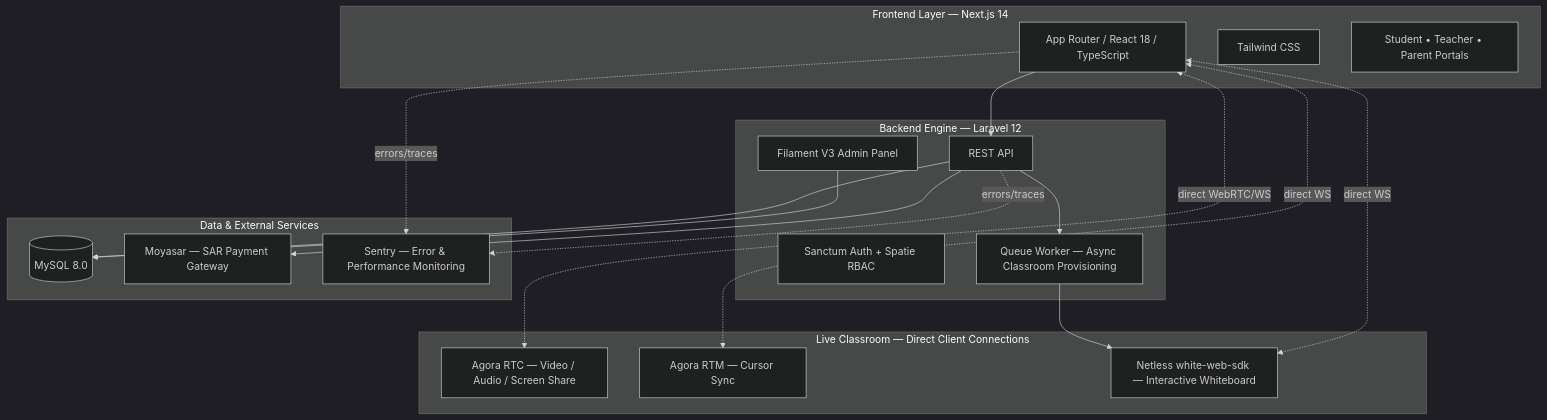
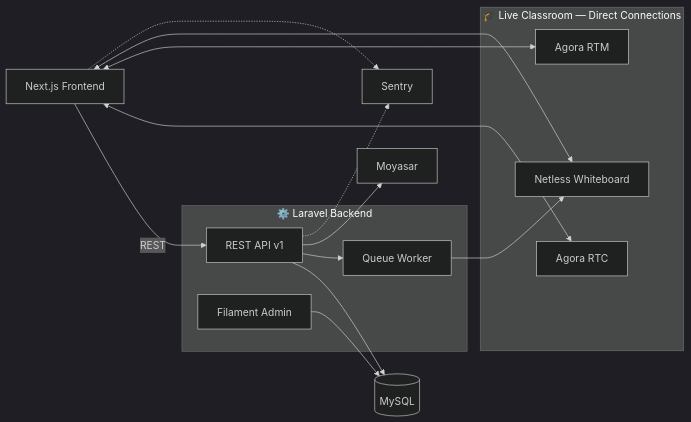
Before and after one commit to Ammar-1993/Taj-Platform: the diagram in README.md, drawn with Mermaid (dark theme). The commit also changed other lines of this file, not shown here.

Commit message:
docs: update README with architectural refinements, detailed environment configuration, and updated Mermaid diagram

````diff
--- a/README.md
+++ b/README.md
@@ -52,39 +54,32 @@
 ```mermaid
-graph TD
-    subgraph "Frontend Layer — Next.js 14"
-        NJ[App Router / React 18 / TypeScript]
-        TW[Tailwind CSS]
-        PORTALS[Student • Teacher • Parent Portals]
+graph LR
+    FE[Next.js Frontend]
+
+    subgraph Live["🎓 Live Classroom — Direct Connections"]
+        RTC[Agora RTC]
+        RTM[Agora RTM]
+        WB[Netless Whiteboard]
     end
 
-    subgraph "Live Classroom — Direct Client Connections"
-        AGRTC[Agora RTC — Video / Audio / Screen Share]
-        AGRTM[Agora RTM — Cursor Sync]
-        NETLESS[Netless white-web-sdk — Interactive Whiteboard]
+    subgraph BE["⚙️ Laravel Backend"]
+        API[REST API v1]
+        ADMIN[Filament Admin]
+        QUEUE[Queue Worker]
     end
 
-    subgraph "Backend Engine — Laravel 12"
-        API[REST API]
-        FL[Filament V3 Admin Panel]
-        SM[Sanctum Auth + Spatie RBAC]
-        QUEUE[Queue Worker — Async Classroom Provisioning]
-    end
+    DB[(MySQL)]
+    PAY[Moyasar]
+    MON[Sentry]
 
-    subgraph "Data & External Services"
-        DB[(MySQL 8.0)]
-        MOYASAR[Moyasar — SAR Payment Gateway]
-        SENTRY[Sentry — Error & Performance Monitoring]
-    end
-
-    NJ --> API
+    FE -->|REST| API
+    FE <--> RTC
+    FE <--> RTM
+    FE <--> WB
     API --> DB
+    ADMIN --> DB
     API --> QUEUE
-    QUEUE --> NETLESS
-    API --> MOYASAR
-    NJ <-.direct WebRTC/WS.-> AGRTC
-    NJ <-.direct WS.-> AGRTM
-    NJ <-.direct WS.-> NETLESS
-    FL --> DB
-    API -.errors/traces.-> SENTRY
-    NJ -.errors/traces.-> SENTRY
+    QUEUE --> WB
+    API --> PAY
+    API -.-> MON
+    FE -.-> MON
 ```
````
